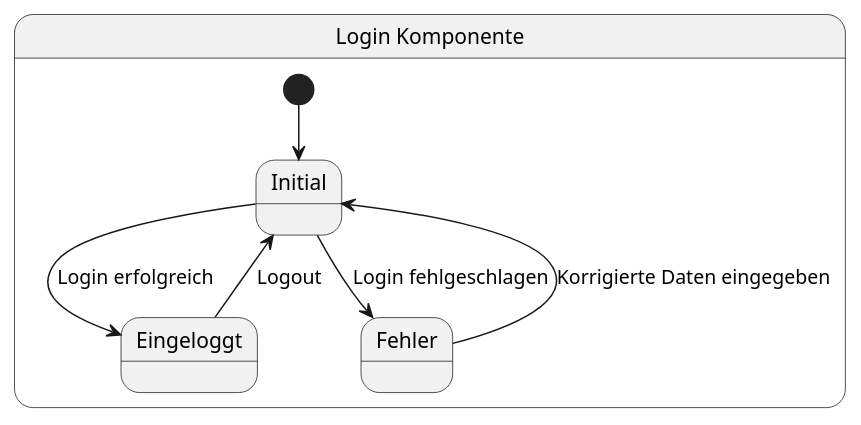
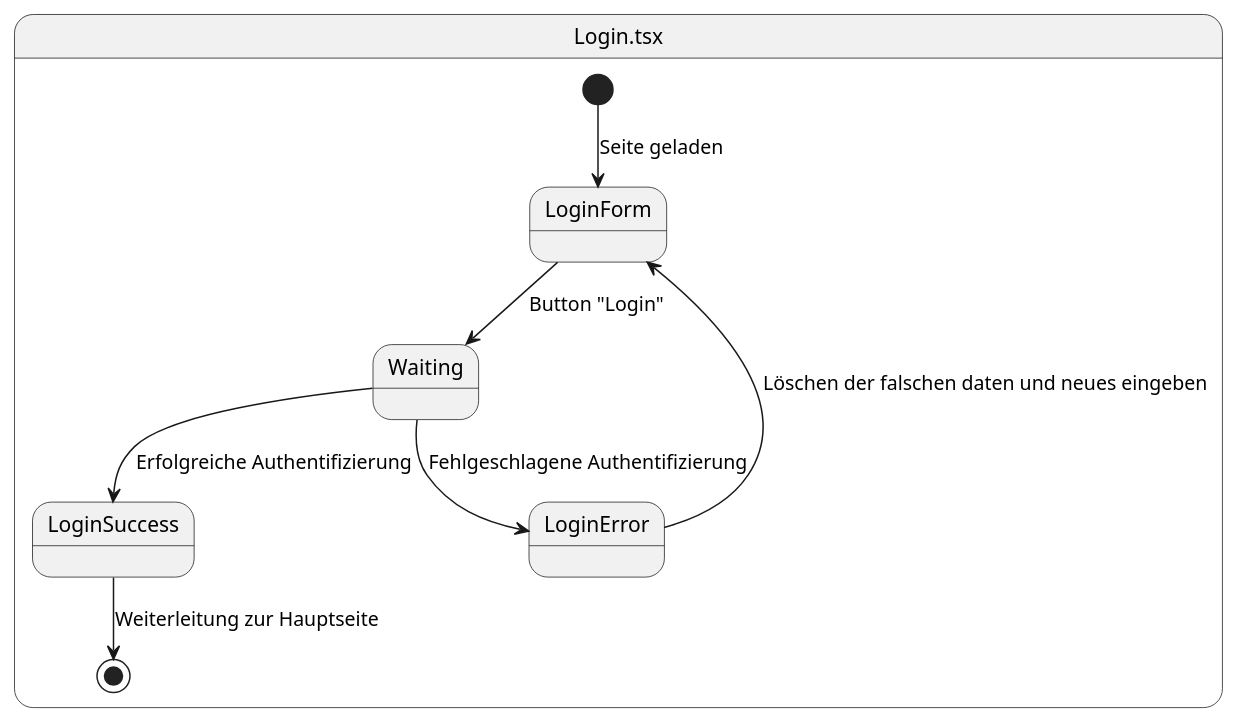
Before and after one commit to DrilonCS/FilmWeb: the diagram in .extras/doc/Projekthandbuch/buchLogin.plantuml, drawn with PlantUML. The commit also changed 2 other files, not shown here.

Commit message:
PLantuml Update

```diff
--- a/.extras/doc/Projekthandbuch/buchLogin.plantuml
+++ b/.extras/doc/Projekthandbuch/buchLogin.plantuml
@@ -1,14 +1,17 @@
-@startuml
-state "Login Komponente" as Login {
-  state "Initial" as Initial
-  state "Eingeloggt" as LoggedIn
-  state "Fehler" as Error
+@startuml LoginZustandsdiagramm
 
-  [*] --> Initial
-  Initial --> LoggedIn : Login erfolgreich
-  Initial --> Error : Login fehlgeschlagen
-  LoggedIn --> Initial : Logout
-  Error --> Initial : Korrigierte Daten eingegeben
+state "Login.tsx" as Login {
+  state "LoginForm" as LoginForm
+  state "Waiting" as Waiting
+  state "LoginSuccess" as LoginSuccess
+  state "LoginError" as LoginError
+
+  [*] --> LoginForm: Seite geladen
+  LoginForm --> Waiting: Button "Login"
+  Waiting --> LoginSuccess: Erfolgreiche Authentifizierung
+  Waiting --> LoginError: Fehlgeschlagene Authentifizierung
+  LoginError --> LoginForm: Löschen der falschen daten und neues eingeben
+  LoginSuccess --> [*]: Weiterleitung zur Hauptseite
 }
 
 @enduml
```
